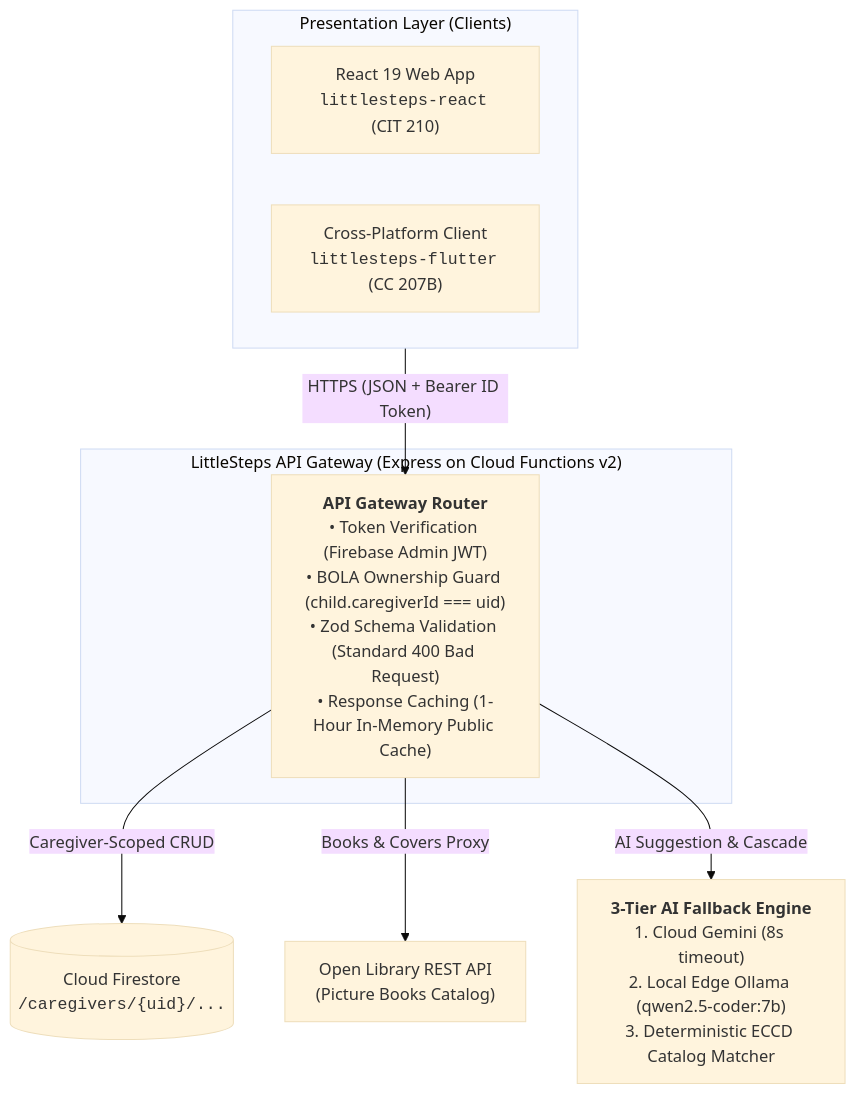
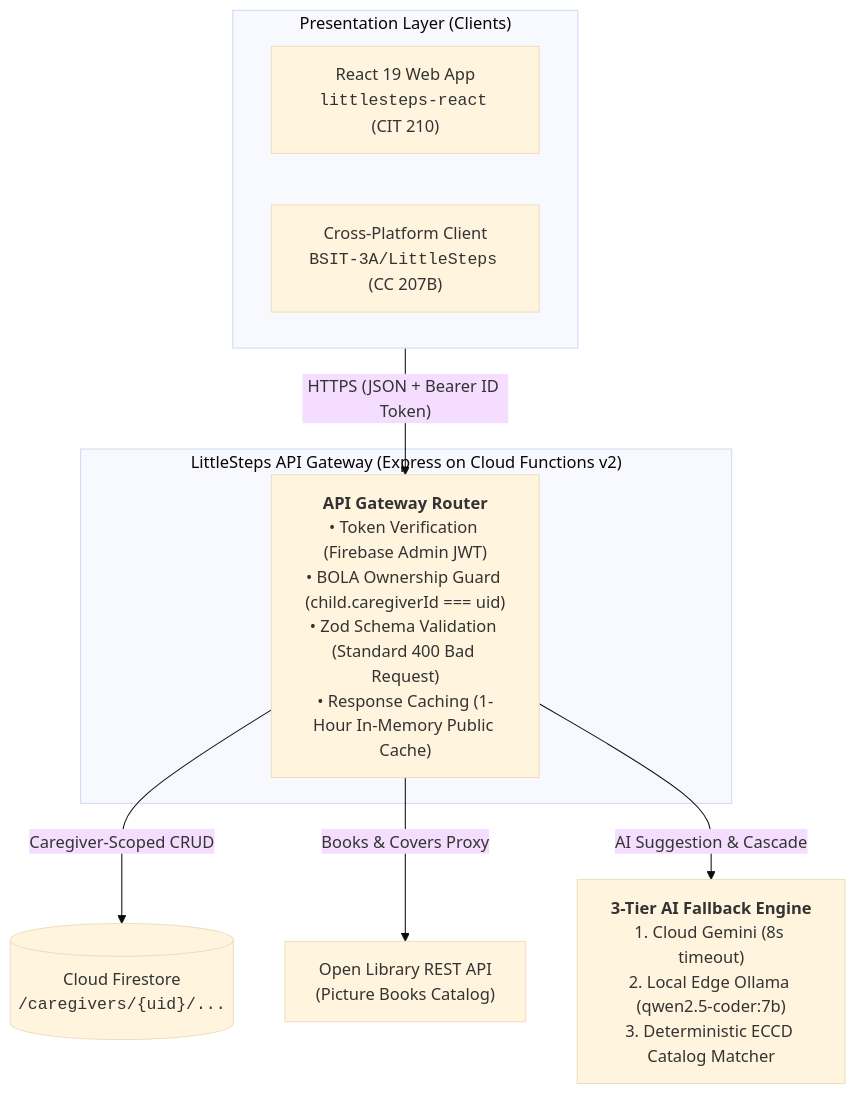
The first of 2 diagrams in docs/api-reference.md (Thesis-Titans/littlesteps-docs), drawn with Mermaid (base theme) before and after one commit. The commit also changed 14 other files, not shown here.

````diff
--- a/docs/api-reference.md
+++ b/docs/api-reference.md
@@ -15,17 +15,17 @@
 ```mermaid
 flowchart TD
     subgraph ClientLayer["Presentation Layer (Clients)"]
         ReactApp["React 19 Web App<br/><code>littlesteps-react</code> (CIT 210)"]
-        FlutterApp["Cross-Platform Client<br/><code>littlesteps-flutter</code> (CC 207B)"]
+        FlutterApp["Cross-Platform Client<br/><code>BSIT-3A/LittleSteps</code> (CC 207B)"]
     end
 
     ClientLayer -->|"HTTPS (JSON + Bearer ID Token)"| APIGateway
 
     subgraph GatewayLayer["LittleSteps API Gateway (Express on Cloud Functions v2)"]
         APIGateway["<b>API Gateway Router</b><br/>• Token Verification (Firebase Admin JWT)<br/>• BOLA Ownership Guard (child.caregiverId === uid)<br/>• Zod Schema Validation (Standard 400 Bad Request)<br/>• Response Caching (1-Hour In-Memory Public Cache)"]
     end
 
     APIGateway -->|"Caregiver-Scoped CRUD"| Firestore[("Cloud Firestore<br/><code>/caregivers/{uid}/...</code>")]
     APIGateway -->|"Books & Covers Proxy"| OpenLibrary["Open Library REST API<br/>(Picture Books Catalog)"]
     APIGateway -->|"AI Suggestion & Cascade"| AIEngine["<b>3-Tier AI Fallback Engine</b><br/>1. Cloud Gemini (8s timeout)<br/>2. Local Edge Ollama (qwen2.5-coder:7b)<br/>3. Deterministic ECCD Catalog Matcher"]
 ```
````
